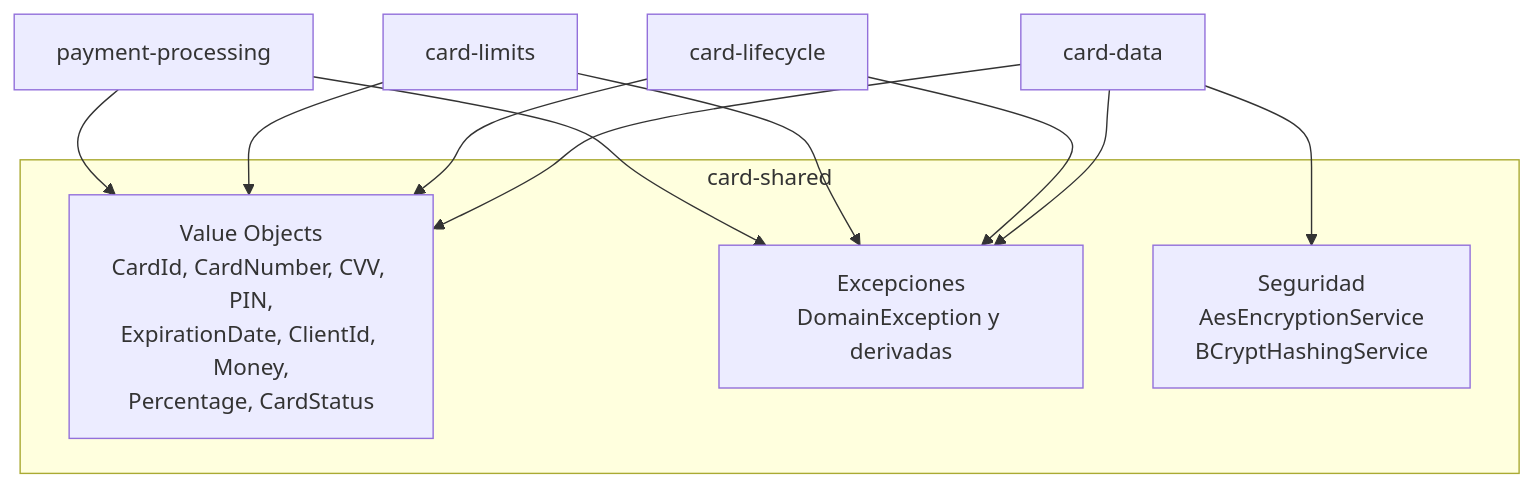
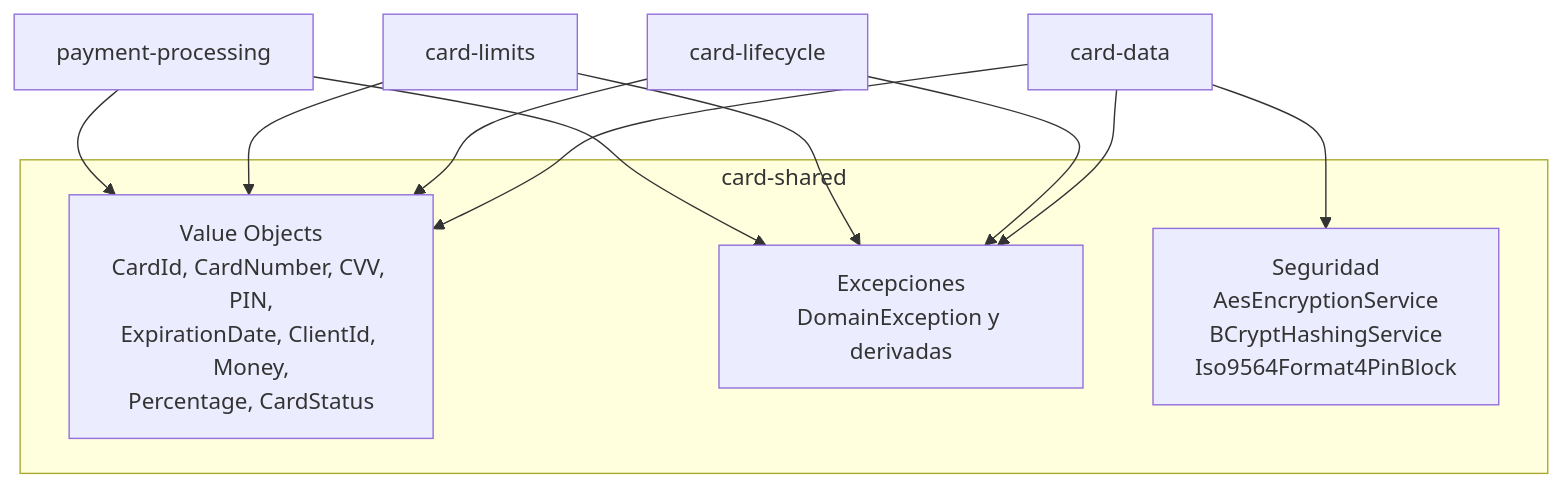
One commit to creditcard-managment/card-managment-service changed the first of 3 diagrams in docs/technical/SHARED.md. Above: the diagram before and after it, drawn with Mermaid. The commit also changed other lines of this file and 26 other files, not shown here.

First line of the commit message:
Encrypt the cash advance PIN as an ISO 9564 format 4 PIN block

````diff
--- a/docs/technical/SHARED.md
+++ b/docs/technical/SHARED.md
@@ -20,12 +20,12 @@
 ```mermaid
 flowchart TB
     subgraph shared[card-shared]
         VO[Value Objects<br/>CardId, CardNumber, CVV, PIN,<br/>ExpirationDate, ClientId, Money,<br/>Percentage, CardStatus]
         EX[Excepciones<br/>DomainException y derivadas]
-        SEC[Seguridad<br/>AesEncryptionService<br/>BCryptHashingService]
+        SEC[Seguridad<br/>AesEncryptionService<br/>BCryptHashingService<br/>Iso9564Format4PinBlock]
     end
     CD[card-data] --> VO & EX & SEC
     CL[card-lifecycle] --> VO & EX
     LI[card-limits] --> VO & EX
     PP[payment-processing] --> VO & EX
 ```
````
